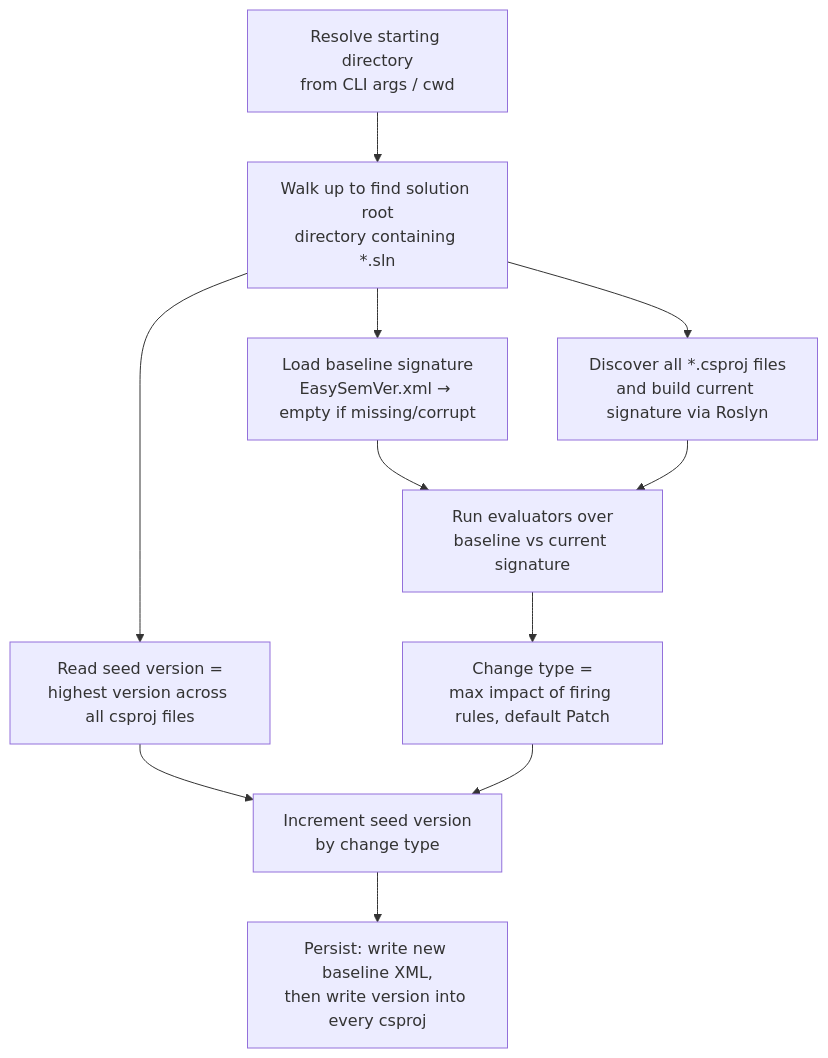
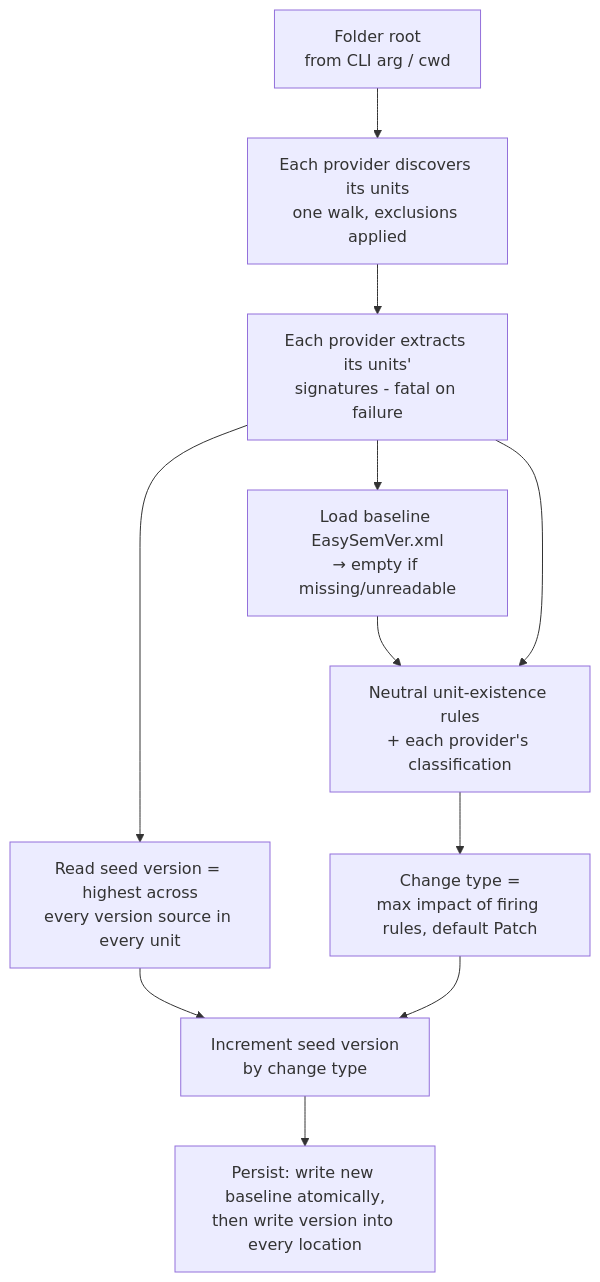
The diagram in specs/01-overview.md (winterborn-llc/easysemver), drawn with Mermaid before and after one commit. The commit also changed other lines of this file and 14 other files, not shown here.

````diff
--- a/specs/01-overview.md
+++ b/specs/01-overview.md
@@ -63,13 +72,13 @@
 ```mermaid
 flowchart TD
-    A[Resolve starting directory\nfrom CLI args / cwd] --> B[Walk up to find solution root\ndirectory containing *.sln]
-    B --> C[Load baseline signature\nEasySemVer.xml → empty if missing/corrupt]
-    B --> D[Discover all *.csproj files\nand build current signature via Roslyn]
-    B --> E[Read seed version =\nhighest version across all csproj files]
-    C --> F[Run evaluators over\nbaseline vs current signature]
-    D --> F
+    A[Folder root\nfrom CLI arg / cwd] --> B[Each provider discovers its units\none walk, exclusions applied]
+    B --> C[Each provider extracts its units'\nsignatures - fatal on failure]
+    C --> D[Load baseline EasySemVer.xml\n→ empty if missing/unreadable]
+    C --> E[Read seed version = highest across\nevery version source in every unit]
+    D --> F[Neutral unit-existence rules\n+ each provider's classification]
+    C --> F
     F --> G[Change type =\nmax impact of firing rules, default Patch]
     E --> H[Increment seed version\nby change type]
     G --> H
-    H --> I[Persist: write new baseline XML,\nthen write version into every csproj]
+    H --> I[Persist: write new baseline atomically,\nthen write version into every location]
 ```
````
